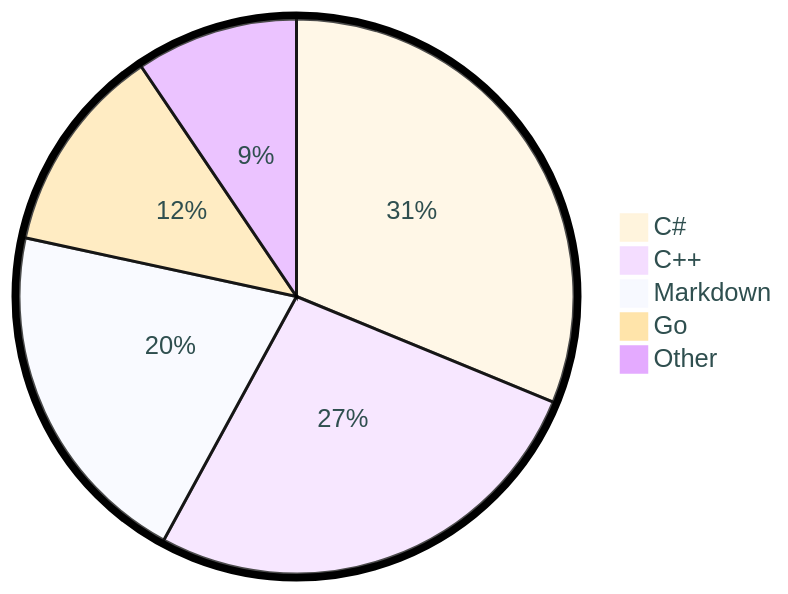
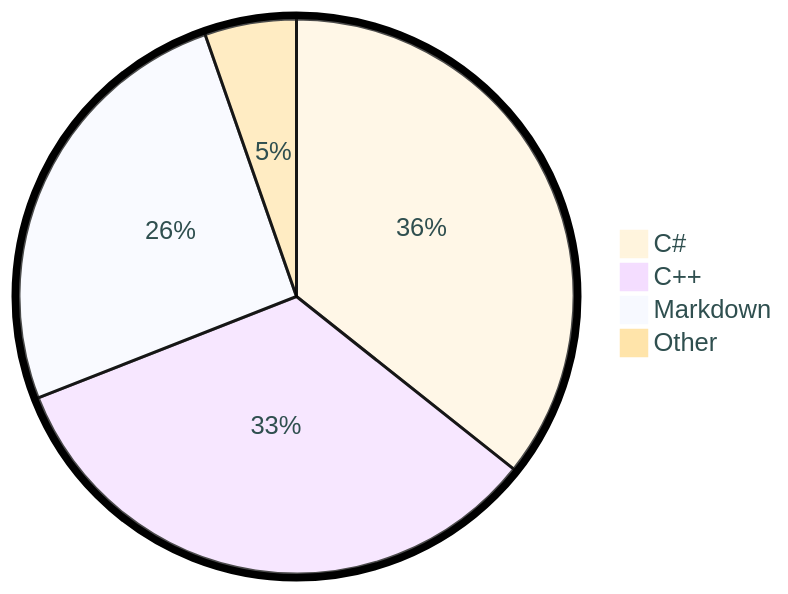
The diagram in README.md (tot0p/tot0p), drawn with Mermaid before and after one commit. The commit also changed other lines of this file, not shown here.

````diff
--- a/README.md
+++ b/README.md
@@ -78,9 +73,9 @@
 ```mermaid
 %%{init: {"pie": {"textPosition": 0.5}, "themeVariables": {"pieOuterStrokeWidth": "5px","primaryTextColor" : "#2F4F4F"},"theme":"base"} }%%
 pie
-	"C#": 31.21
-	"C++": 26.73
-	"Markdown": 20.45
-	"Go": 12.16
-	"Other": 9.45
+	"C#": 34.08
+	"C++": 31.86
+	"Markdown": 24.46
+	"Other": 5.1
+	"Other": 4.51
 ```
````
